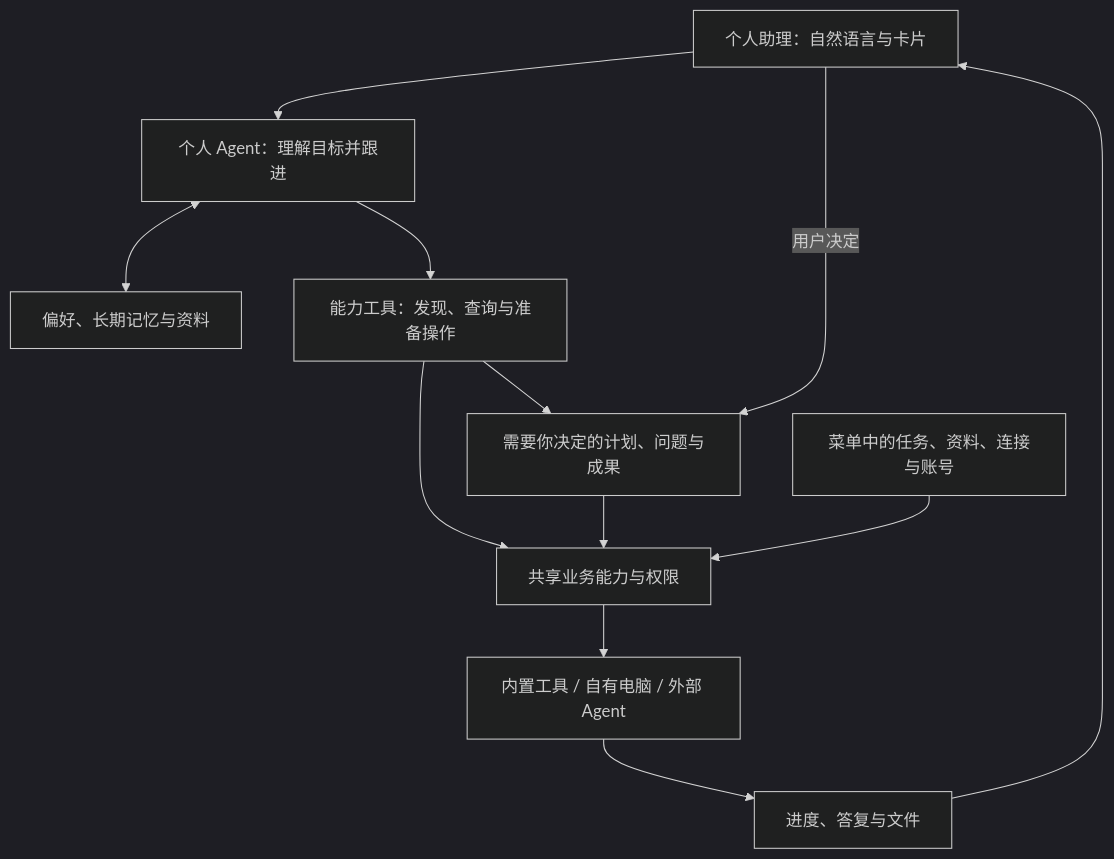
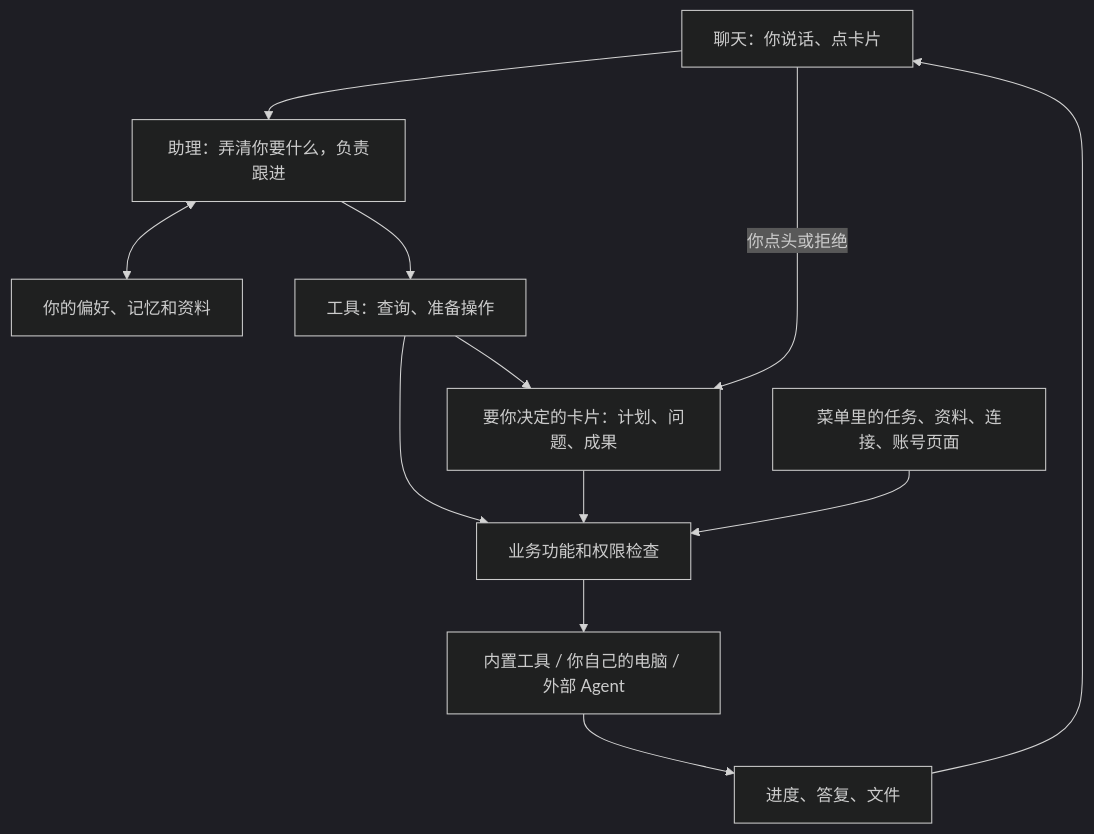
The diagram in README.md (zypgo/personal-agent), drawn with Mermaid (dark theme) before and after one commit. The commit also changed other lines of this file and 35 other files, not shown here.

````diff
--- a/README.md
+++ b/README.md
@@ -37,14 +37,14 @@
 ```mermaid
 flowchart TB
-    CHAT["个人助理：自然语言与卡片"] --> AGENT["个人 Agent：理解目标并跟进"]
-    AGENT <--> MEMORY["偏好、长期记忆与资料"]
-    AGENT --> TOOLS["能力工具：发现、查询与准备操作"]
-    TOOLS --> BUSINESS["共享业务能力与权限"]
-    TOOLS --> CARDS["需要你决定的计划、问题与成果"]
-    CHAT -->|"用户决定"| CARDS
+    CHAT["聊天：你说话、点卡片"] --> AGENT["助理：弄清你要什么，负责跟进"]
+    AGENT <--> MEMORY["你的偏好、记忆和资料"]
+    AGENT --> TOOLS["工具：查询、准备操作"]
+    TOOLS --> BUSINESS["业务功能和权限检查"]
+    TOOLS --> CARDS["要你决定的卡片：计划、问题、成果"]
+    CHAT -->|"你点头或拒绝"| CARDS
     CARDS --> BUSINESS
-    DRAWER["菜单中的任务、资料、连接与账号"] --> BUSINESS
-    BUSINESS --> EXECUTION["内置工具 / 自有电脑 / 外部 Agent"]
-    EXECUTION --> RESULTS["进度、答复与文件"]
+    DRAWER["菜单里的任务、资料、连接、账号页面"] --> BUSINESS
+    BUSINESS --> EXECUTION["内置工具 / 你自己的电脑 / 外部 Agent"]
+    EXECUTION --> RESULTS["进度、答复、文件"]
     RESULTS --> CHAT
 ```
````
